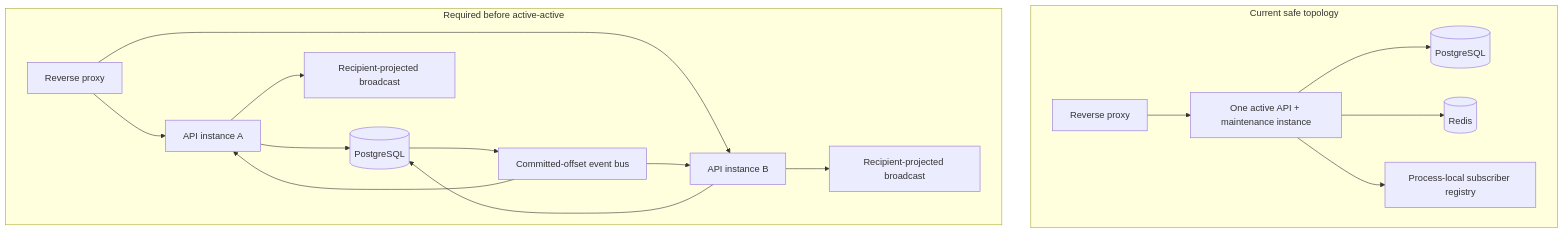
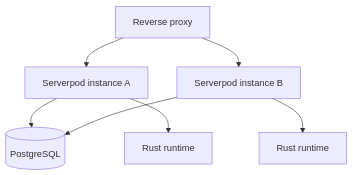
Before and after one commit to ernestwisniewski/aonw: the first of 2 diagrams in docs/multiplayer-scale-out.md, drawn with Mermaid. The commit also changed other lines of this file and 379 other files, not shown here.

Commit message:
Replace Serverpod gameplay with Rust game backend

````diff
--- a/docs/multiplayer-scale-out.md
+++ b/docs/multiplayer-scale-out.md
@@ -7,21 +8,9 @@
 ```mermaid
 flowchart TB
-  subgraph Current["Current safe topology"]
-    LB["Reverse proxy"] --> Active["One active API + maintenance instance"]
-    Active --> DB[(PostgreSQL)]
-    Active --> Redis[(Redis)]
-    Active --> Registry["Process-local subscriber registry"]
-  end
-
-  subgraph Target["Required before active-active"]
-    LB2["Reverse proxy"] --> A["API instance A"]
-    LB2 --> B["API instance B"]
-    A --> DB2[(PostgreSQL)]
-    B --> DB2
-    DB2 --> Bus["Committed-offset event bus"]
-    Bus --> A
-    Bus --> B
-    A --> PA["Recipient-projected broadcast"]
-    B --> PB["Recipient-projected broadcast"]
-  end
+  LB["Reverse proxy"] --> A["Serverpod instance A"]
+  LB --> B["Serverpod instance B"]
+  A --> DB[(PostgreSQL)]
+  B --> DB
+  A --> RA["Rust runtime"]
+  B --> RB["Rust runtime"]
 ```
````
